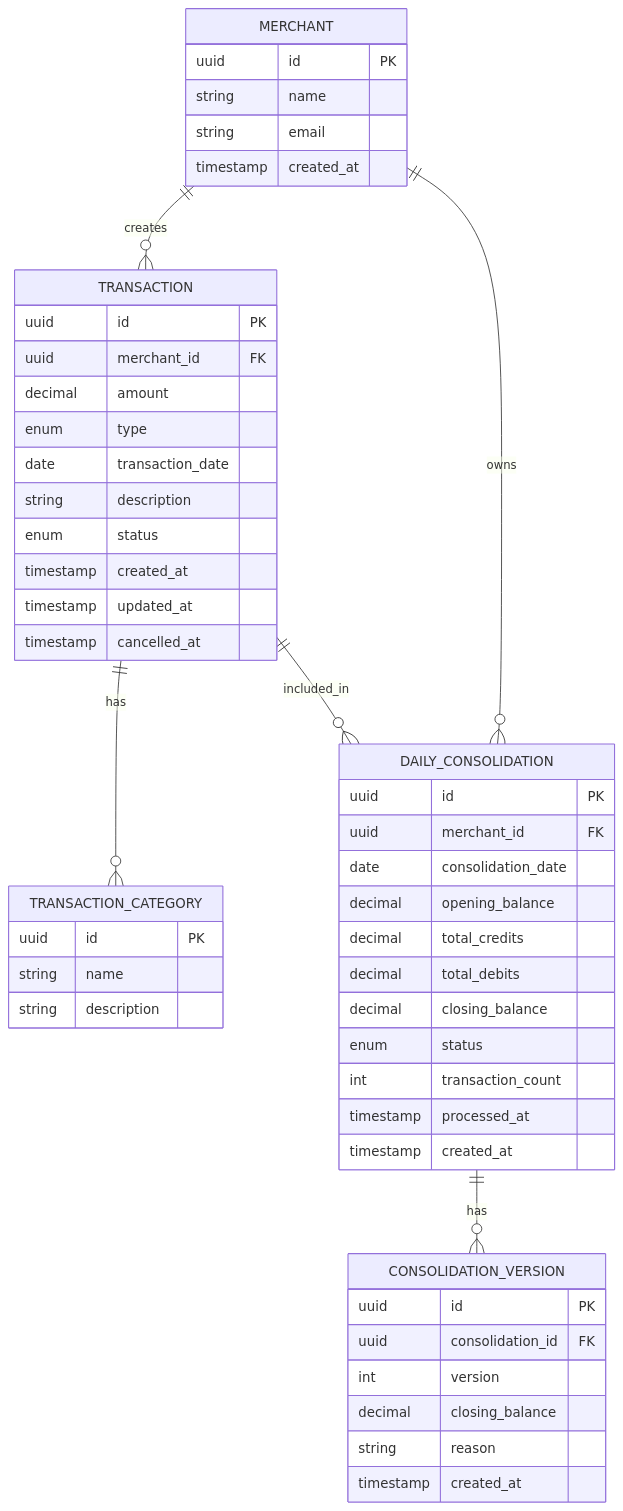
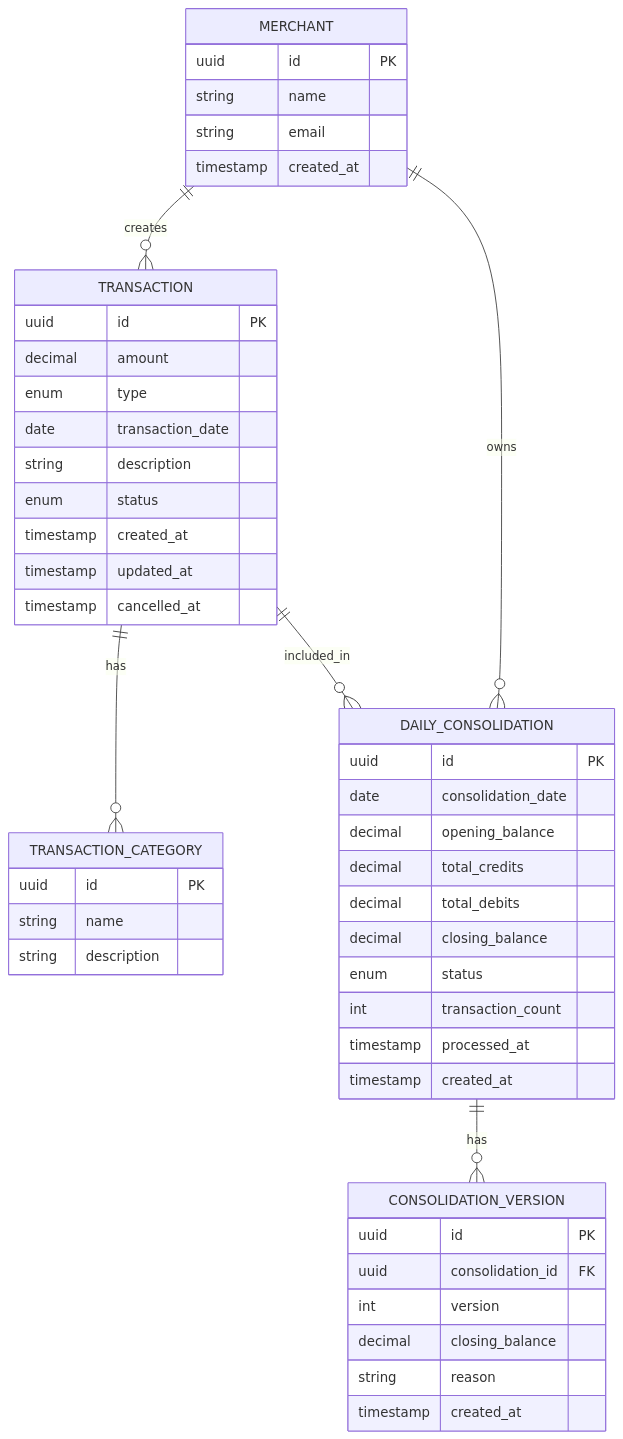
Before and after one commit to rkoga/Verx.Teste: diagram 13 of 13 in docs/04-architecture-diagrams.md, drawn with Mermaid. The commit also changed 208 other files, not shown here.

````diff
--- a/docs/04-architecture-diagrams.md
+++ b/docs/04-architecture-diagrams.md
@@ -634,57 +634,55 @@
 ```mermaid
 erDiagram
     MERCHANT ||--o{ TRANSACTION : creates
     MERCHANT {
         uuid id PK
         string name
         string email
         timestamp created_at
     }
     
     TRANSACTION ||--o{ TRANSACTION_CATEGORY : has
     TRANSACTION {
         uuid id PK
-        uuid merchant_id FK
         decimal amount
         enum type
         date transaction_date
         string description
         enum status
         timestamp created_at
         timestamp updated_at
         timestamp cancelled_at
     }
     
     TRANSACTION_CATEGORY {
         uuid id PK
         string name
         string description
     }
     
     TRANSACTION ||--o{ DAILY_CONSOLIDATION : included_in
     DAILY_CONSOLIDATION {
         uuid id PK
-        uuid merchant_id FK
         date consolidation_date
         decimal opening_balance
         decimal total_credits
         decimal total_debits
         decimal closing_balance
         enum status
         int transaction_count
         timestamp processed_at
         timestamp created_at
     }
     
     DAILY_CONSOLIDATION ||--o{ CONSOLIDATION_VERSION : has
     CONSOLIDATION_VERSION {
         uuid id PK
         uuid consolidation_id FK
         int version
         decimal closing_balance
         string reason
         timestamp created_at
     }
     
     MERCHANT ||--o{ DAILY_CONSOLIDATION : owns
 ```
````
